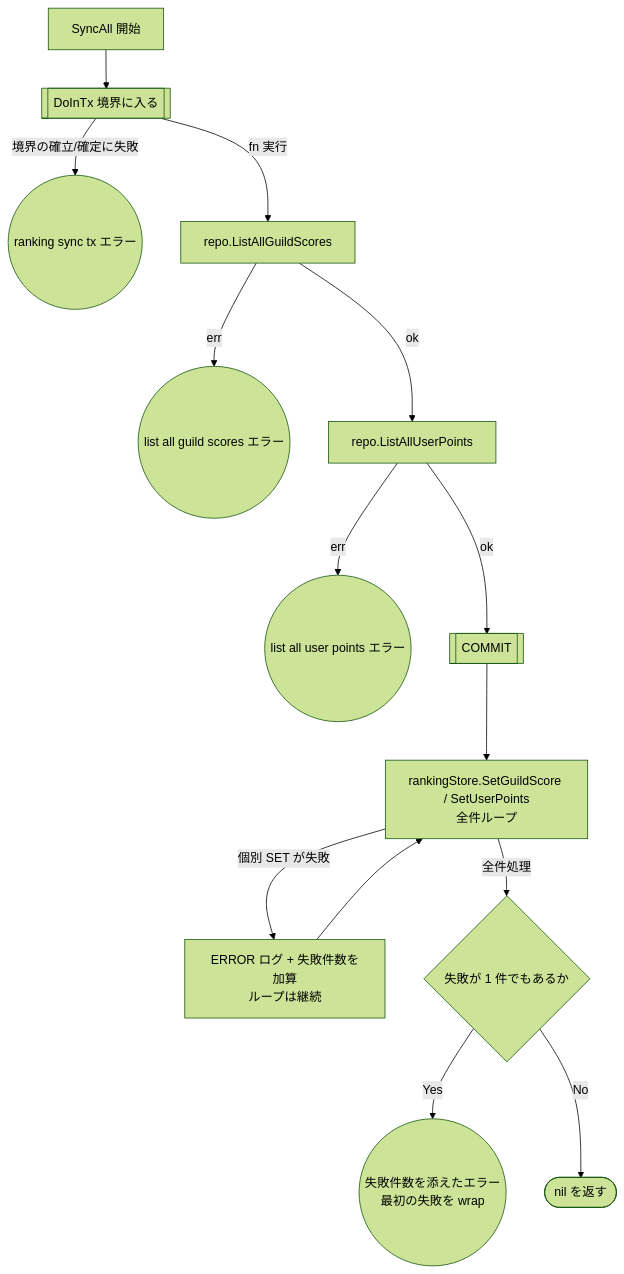
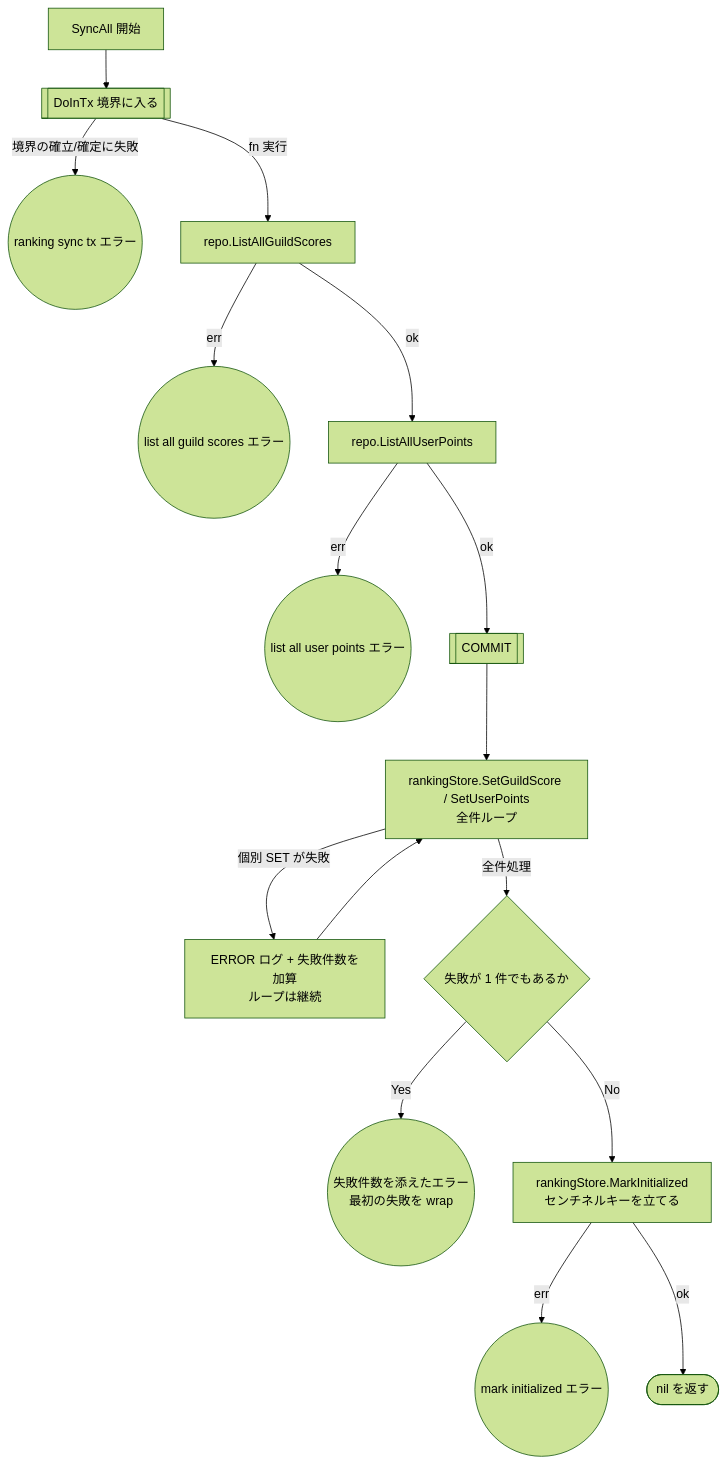
One commit to uchidas-rogue/game-api-sample changed the diagram in docs/testing/ranking-sync-batch.md. Above: the diagram before and after it, drawn with Mermaid (forest theme). The commit also changed other lines of this file and 17 other files, not shown here.

````diff
--- a/docs/testing/ranking-sync-batch.md
+++ b/docs/testing/ranking-sync-batch.md
@@ -16,18 +16,20 @@
 ```mermaid
 flowchart TD
     A[SyncAll 開始] --> B[[DoInTx 境界に入る]]
     B -- 境界の確立/確定に失敗 --> E1((ranking sync tx エラー))
     B -- fn 実行 --> C[repo.ListAllGuildScores]
 
     C -- err --> E2((list all guild scores エラー))
     C -- ok --> D[repo.ListAllUserPoints]
     D -- err --> E3((list all user points エラー))
     D -- ok --> E[[COMMIT]]
 
     E --> F[rankingStore.SetGuildScore / SetUserPoints<br/>全件ループ]
     F -- 個別 SET が失敗 --> G[ERROR ログ + 失敗件数を加算<br/>ループは継続]
     G --> F
     F -- 全件処理 --> H{失敗が 1 件でもあるか}
     H -- Yes --> E4((失敗件数を添えたエラー<br/>最初の失敗を wrap))
-    H -- No --> Z([nil を返す])
+    H -- No --> I[rankingStore.MarkInitialized<br/>センチネルキーを立てる]
+    I -- err --> E5((mark initialized エラー))
+    I -- ok --> Z([nil を返す])
 ```
````
